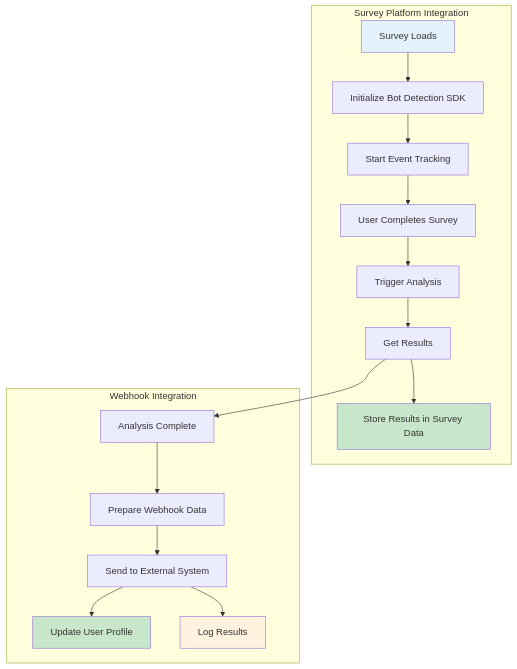
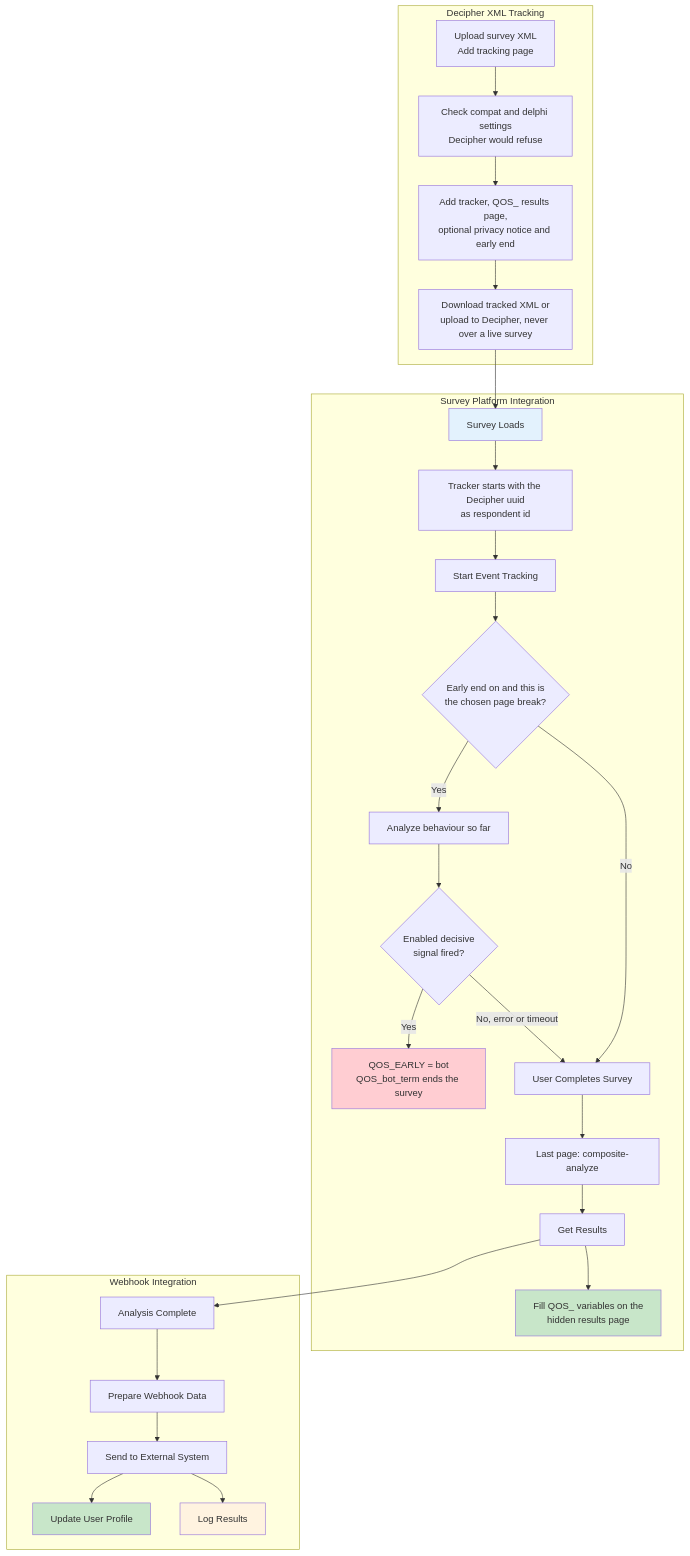
Before and after one commit to halderavik/bot_detection_live: the eighth of 15 diagrams in bot_detection_flow.md, drawn with Mermaid. The commit also changed other lines of this file and 19 other files, not shown here.

First line of the commit message:
Update all documentation for live quality, Decipher tracking, settings and the new dashboard.

````diff
--- a/bot_detection_flow.md
+++ b/bot_detection_flow.md
@@ -626,37 +660,58 @@
 ```mermaid
 graph TB
+    subgraph "Decipher XML Tracking"
+        X1[Upload survey XML<br/>Add tracking page]
+        X2[Check compat and delphi settings<br/>Decipher would refuse]
+        X3[Add tracker, QOS_ results page,<br/>optional privacy notice and early end]
+        X4[Download tracked XML or<br/>upload to Decipher, never over a live survey]
+    end
+    
     subgraph "Survey Platform Integration"
         A[Survey Loads]
-        B[Initialize Bot Detection SDK]
+        B[Tracker starts with the Decipher uuid<br/>as respondent id]
         C[Start Event Tracking]
+        C1{Early end on and this is<br/>the chosen page break?}
+        C2[Analyze behaviour so far]
+        C3{Enabled decisive<br/>signal fired?}
+        C4[QOS_EARLY = bot<br/>QOS_bot_term ends the survey]
         D[User Completes Survey]
-        E[Trigger Analysis]
+        E[Last page: composite-analyze]
         F[Get Results]
-        G[Store Results in Survey Data]
+        G[Fill QOS_ variables on the<br/>hidden results page]
     end
     
     subgraph "Webhook Integration"
         H[Analysis Complete]
         I[Prepare Webhook Data]
         J[Send to External System]
         K[Update User Profile]
         L[Log Results]
     end
     
+    X1 --> X2
+    X2 --> X3
+    X3 --> X4
+    X4 --> A
     A --> B
     B --> C
-    C --> D
+    C --> C1
+    C1 -->|No| D
+    C1 -->|Yes| C2
+    C2 --> C3
+    C3 -->|Yes| C4
+    C3 -->|No, error or timeout| D
     D --> E
     E --> F
     F --> G
     F --> H
     H --> I
     I --> J
     J --> K
     J --> L
     
     style A fill:#e3f2fd
     style G fill:#c8e6c9
+    style C4 fill:#ffcdd2
     style K fill:#c8e6c9
     style L fill:#fff3e0
 ```
````
